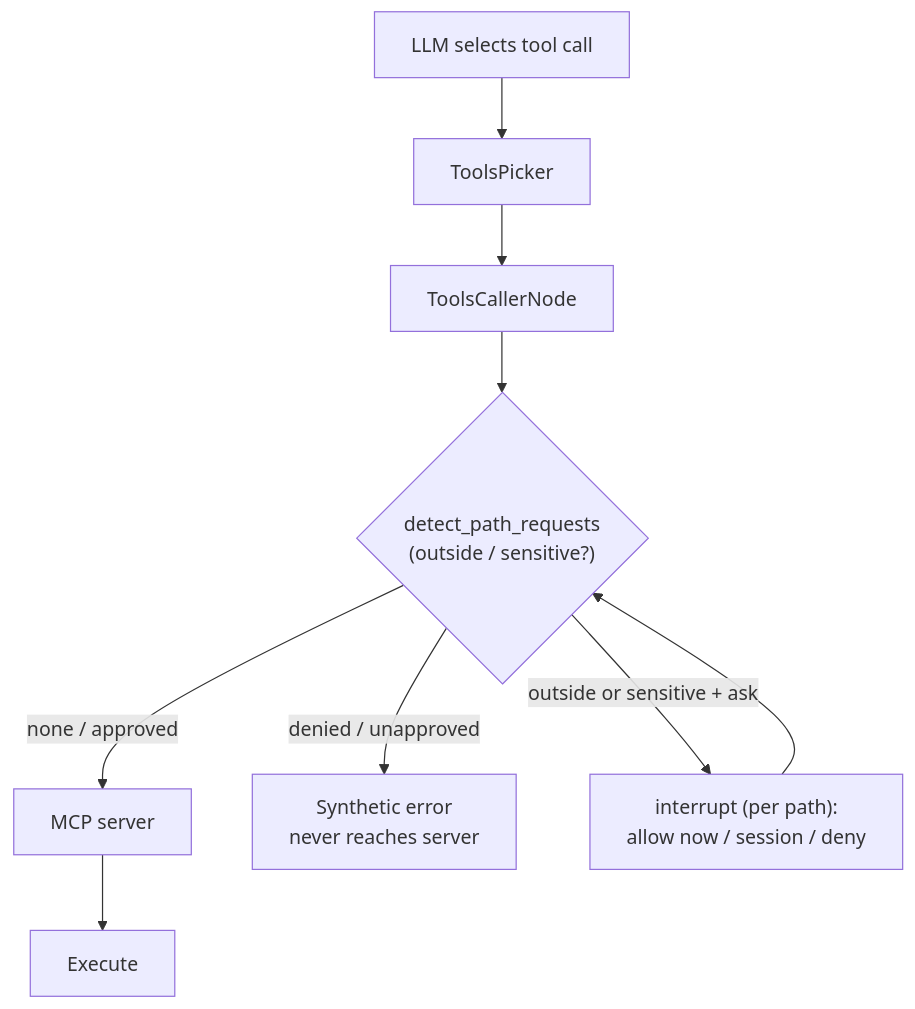
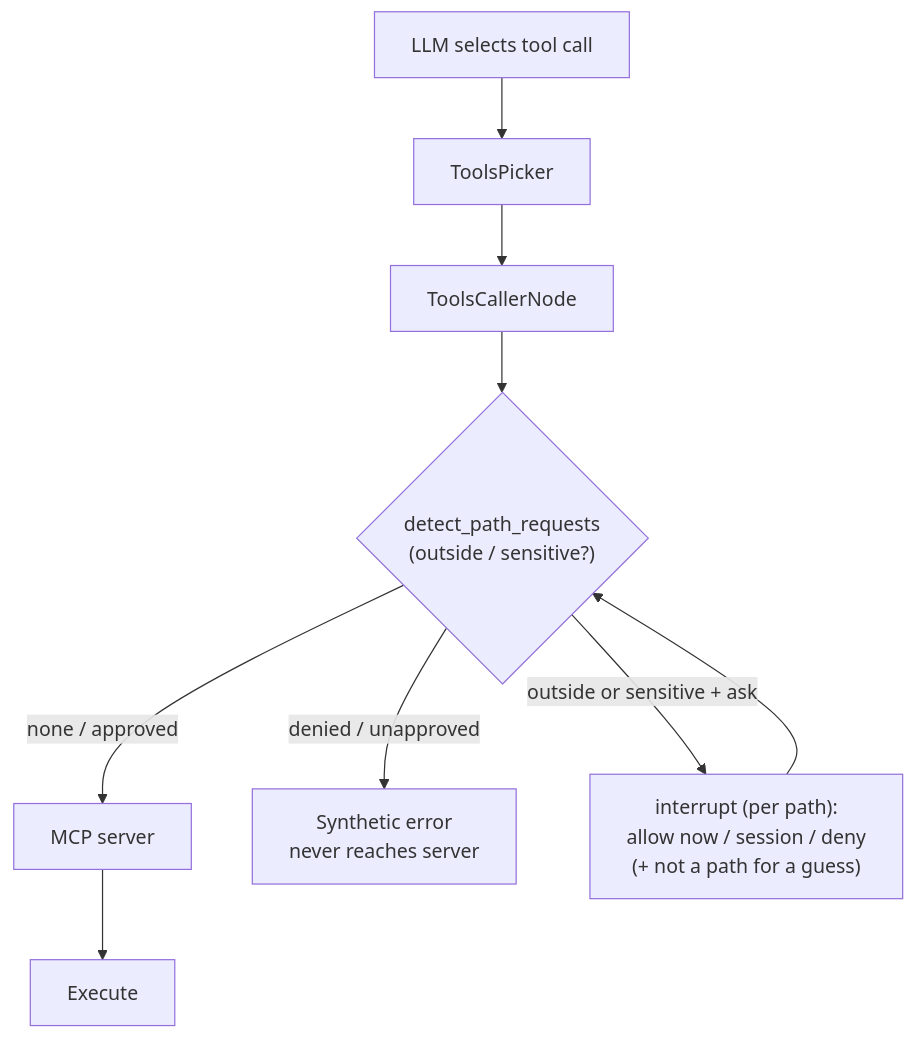
The diagram in devdocs/system/mcp-permissions.md (NeuroML/klea), drawn with Mermaid before and after one commit. The commit also changed other lines of this file and 8 other files, not shown here.

````diff
--- a/devdocs/system/mcp-permissions.md
+++ b/devdocs/system/mcp-permissions.md
@@ -83,11 +93,11 @@
 ```mermaid
 flowchart TD
     LLM[LLM selects tool call] --> Picker[ToolsPicker]
     Picker --> Caller[ToolsCallerNode]
     Caller --> PreCheck{"detect_path_requests\n(outside / sensitive?)"}
     PreCheck -- none / approved --> Server[MCP server]
     PreCheck -- denied / unapproved --> Synth1[Synthetic error\nnever reaches server]
-    PreCheck -- "outside or sensitive + ask" --> Approval["interrupt (per path):\nallow now / session / deny"]
+    PreCheck -- "outside or sensitive + ask" --> Approval["interrupt (per path):\nallow now / session / deny\n(+ not a path for a guess)"]
     Approval --> PreCheck
     Server --> Exec[Execute]
 ```
````
